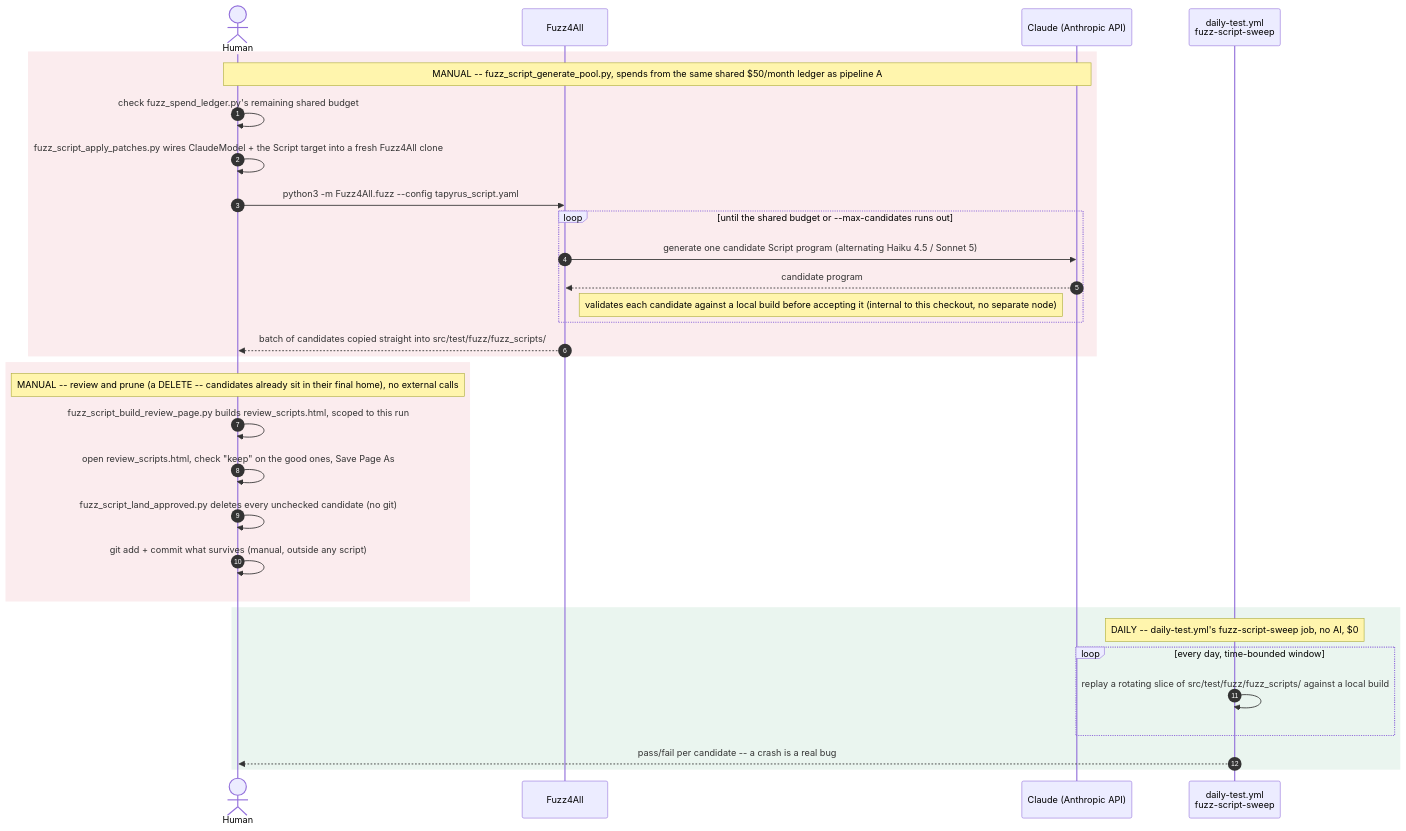
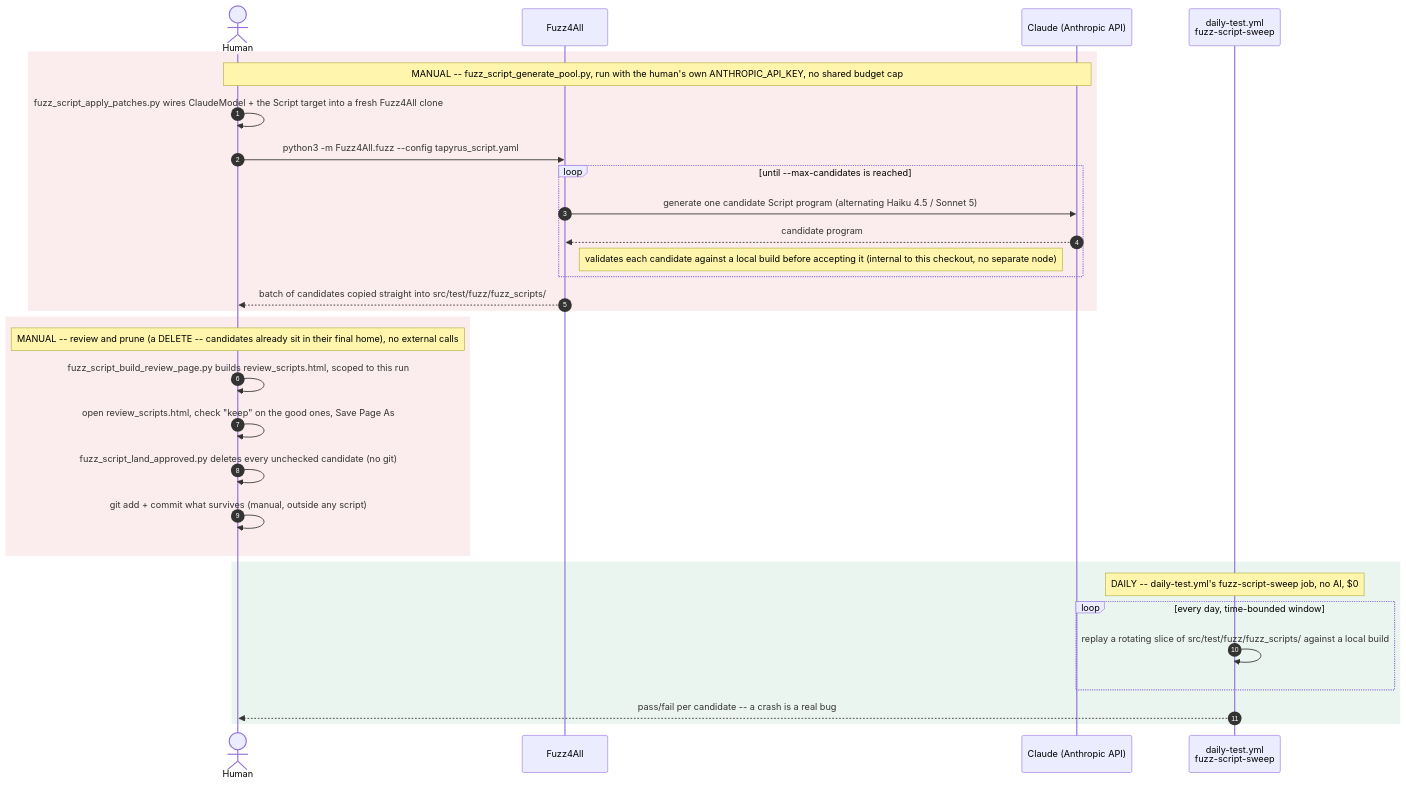
The second of 2 diagrams in contrib/fuzz/PIPELINE.md (chaintope/tapyrus-core), drawn with Mermaid before and after one commit. The commit also changed other lines of this file and 2 other files, not shown here.

First line of the commit message:
Update fuzz pipeline documentation for the new step layout

````diff
--- a/contrib/fuzz/PIPELINE.md
+++ b/contrib/fuzz/PIPELINE.md
@@ -82,37 +86,36 @@
 ```mermaid
 sequenceDiagram
     autonumber
     actor Human
     participant F4A as Fuzz4All
     participant Claude as Claude (Anthropic API)
     participant CI as daily-test.yml<br/>fuzz-script-sweep
 
     rect rgb(251, 236, 238)
-    Note over Human,Claude: MANUAL -- fuzz_script_generate_pool.py, spends from the same shared $50/month ledger as pipeline A
-    Human->>Human: check fuzz_spend_ledger.py's remaining shared budget
+    Note over Human,Claude: MANUAL -- fuzz_script_generate_pool.py, run with the human's own ANTHROPIC_API_KEY, no shared budget cap
     Human->>Human: fuzz_script_apply_patches.py wires ClaudeModel + the Script target into a fresh Fuzz4All clone
     Human->>F4A: python3 -m Fuzz4All.fuzz --config tapyrus_script.yaml
-    loop until the shared budget or --max-candidates runs out
+    loop until --max-candidates is reached
         F4A->>Claude: generate one candidate Script program (alternating Haiku 4.5 / Sonnet 5)
         Claude-->>F4A: candidate program
         Note right of F4A: validates each candidate against a local build before accepting it (internal to this checkout, no separate node)
     end
     F4A-->>Human: batch of candidates copied straight into src/test/fuzz/fuzz_scripts/
     end
 
     rect rgb(251, 236, 238)
     Note over Human: MANUAL -- review and prune (a DELETE -- candidates already sit in their final home), no external calls
     Human->>Human: fuzz_script_build_review_page.py builds review_scripts.html, scoped to this run
     Human->>Human: open review_scripts.html, check "keep" on the good ones, Save Page As
     Human->>Human: fuzz_script_land_approved.py deletes every unchecked candidate (no git)
     Human->>Human: git add + commit what survives (manual, outside any script)
     end
 
     rect rgb(234, 245, 239)
     Note over CI: DAILY -- daily-test.yml's fuzz-script-sweep job, no AI, $0
     loop every day, time-bounded window
         CI->>CI: replay a rotating slice of src/test/fuzz/fuzz_scripts/ against a local build
     end
     CI-->>Human: pass/fail per candidate -- a crash is a real bug
     end
 ```
````
